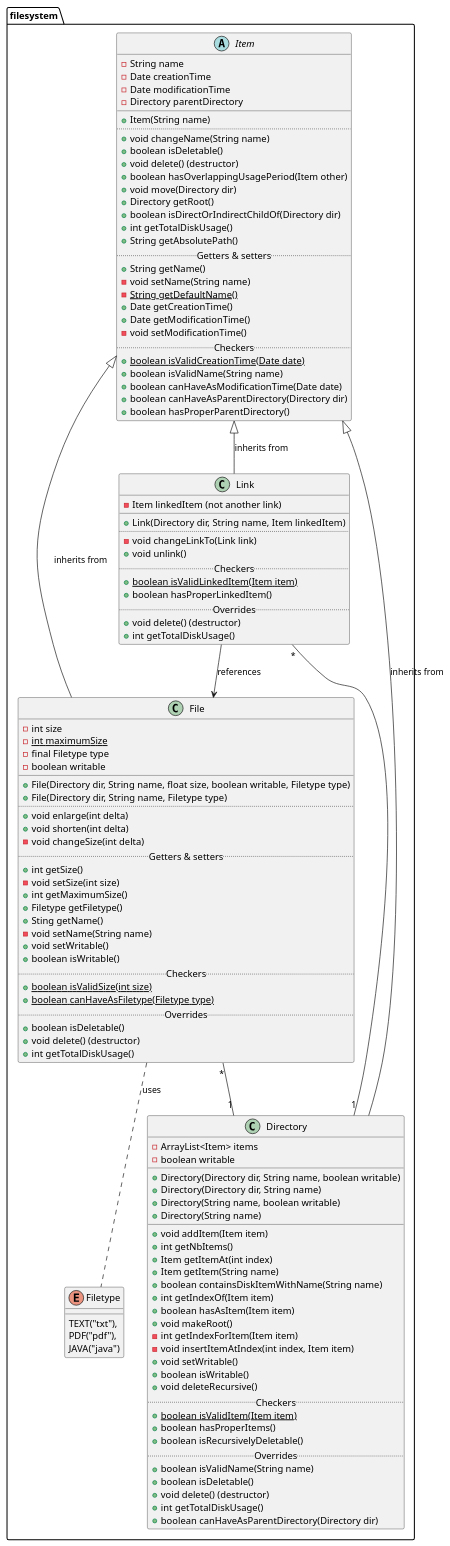
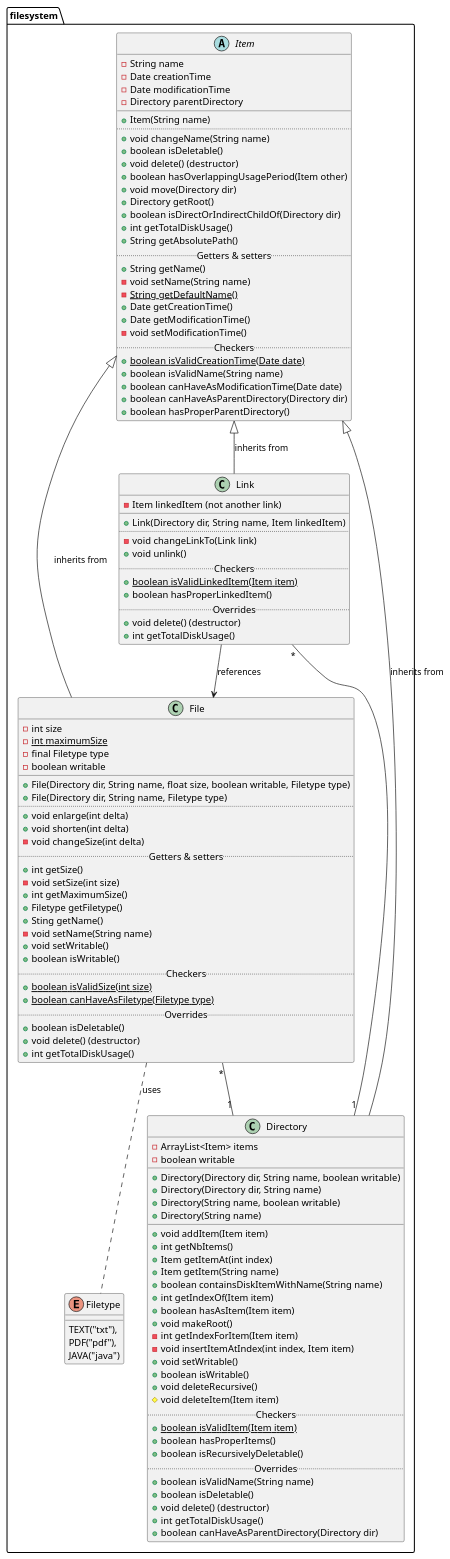
One commit to vanschependom/KULAK_ogp-practicum2 changed the diagram in class-diagram/classdiagram.puml. Above: the diagram before and after it, drawn with PlantUML. The commit also changed 2 other files, not shown here.

Commit message:
Added deletability to Directory and updated it in Item, made minor changes in classdiagram

```diff
--- a/class-diagram/classdiagram.puml
+++ b/class-diagram/classdiagram.puml
@@ -1,134 +1,135 @@
 @startuml
 
 package filesystem {
 
 abstract Item {
     - String name
     - Date creationTime
     - Date modificationTime
     - Directory parentDirectory
 __
     + Item(String name)
 ..
     + void changeName(String name)
     + boolean isDeletable()
     + void delete() (destructor)
     + boolean hasOverlappingUsagePeriod(Item other)
     + void move(Directory dir)
     + Directory getRoot()
     + boolean isDirectOrIndirectChildOf(Directory dir)
     + int getTotalDiskUsage()
     + String getAbsolutePath()
 ..Getters & setters..
     + String getName()
     - void setName(String name)
     - {static} String getDefaultName()
     + Date getCreationTime()
     + Date getModificationTime()
     - void setModificationTime()
 ..Checkers..
     + {static} boolean isValidCreationTime(Date date)
     + boolean isValidName(String name)
     + boolean canHaveAsModificationTime(Date date)
     + boolean canHaveAsParentDirectory(Directory dir)
     + boolean hasProperParentDirectory()
 }
 
 class File {
     - int size
     - {static} int maximumSize
     - final Filetype type
     - boolean writable
 __
     + File(Directory dir, String name, float size, boolean writable, Filetype type)
     + File(Directory dir, String name, Filetype type)
 ..
     + void enlarge(int delta)
     + void shorten(int delta)
     - void changeSize(int delta)
 ..Getters & setters..
     + int getSize()
     - void setSize(int size)
     + int getMaximumSize()
     + Filetype getFiletype()
     + Sting getName()
     - void setName(String name)
     + void setWritable()
     + boolean isWritable()
 ..Checkers..
     + {static} boolean isValidSize(int size)
     + {static} boolean canHaveAsFiletype(Filetype type)
 ..Overrides..
     + boolean isDeletable()
     + void delete() (destructor)
     + int getTotalDiskUsage()
 }
 
 enum Filetype {
     TEXT("txt"),
     PDF("pdf"),
     JAVA("java")
 }
 
 class Directory {
     - ArrayList<Item> items
     - boolean writable
 __
     + Directory(Directory dir, String name, boolean writable)
     + Directory(Directory dir, String name)
     + Directory(String name, boolean writable)
     + Directory(String name)
 __
     + void addItem(Item item)
     + int getNbItems()
     + Item getItemAt(int index)
     + Item getItem(String name)
     + boolean containsDiskItemWithName(String name)
     + int getIndexOf(Item item)
     + boolean hasAsItem(Item item)
     + void makeRoot()
     - int getIndexForItem(Item item)
     - void insertItemAtIndex(int index, Item item)
     + void setWritable()
     + boolean isWritable()
     + void deleteRecursive()
+    # void deleteItem(Item item)
 ..Checkers..
     + {static} boolean isValidItem(Item item)
     + boolean hasProperItems()
     + boolean isRecursivelyDeletable()
 .. Overrides ..
     + boolean isValidName(String name)
     + boolean isDeletable()
     + void delete() (destructor)
     + int getTotalDiskUsage()
     + boolean canHaveAsParentDirectory(Directory dir)
 }
 
 class Link {
     - Item linkedItem (not another link)
 __
     + Link(Directory dir, String name, Item linkedItem)
 ..
     - void changeLinkTo(Link link)
     + void unlink()
 ..Checkers..
     + {static} boolean isValidLinkedItem(Item item)
     + boolean hasProperLinkedItem()
 ..Overrides..
     + void delete() (destructor)
     + int getTotalDiskUsage()
 }
 
 Item <|-- Link: inherits from
 Item <|-- File: inherits from
 Item <|-- Directory: inherits from
 
 File .. Filetype: uses
 
 Link --> File: references
 Link "*" -- "1" Directory
 File "*" -- "1" Directory
 
 }
 
 @enduml
```
